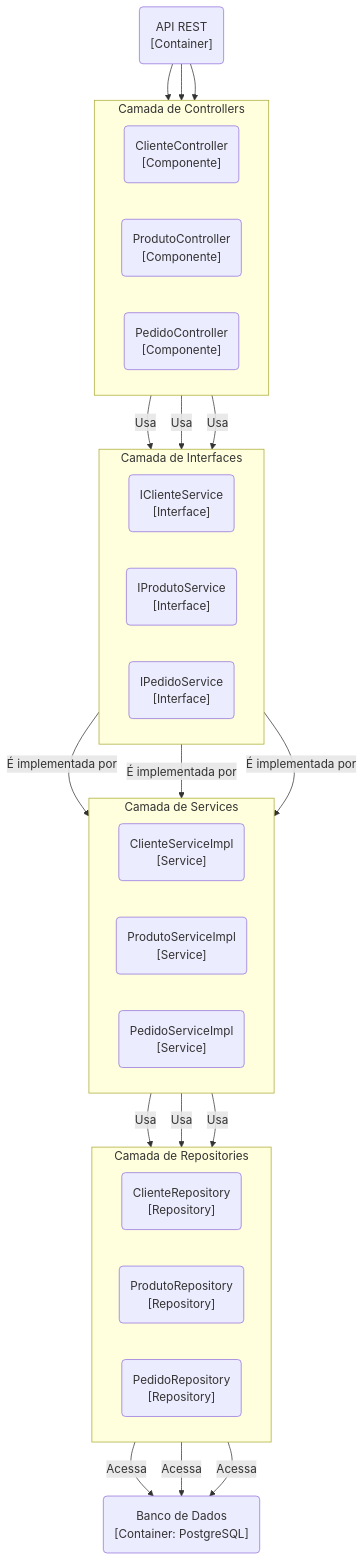
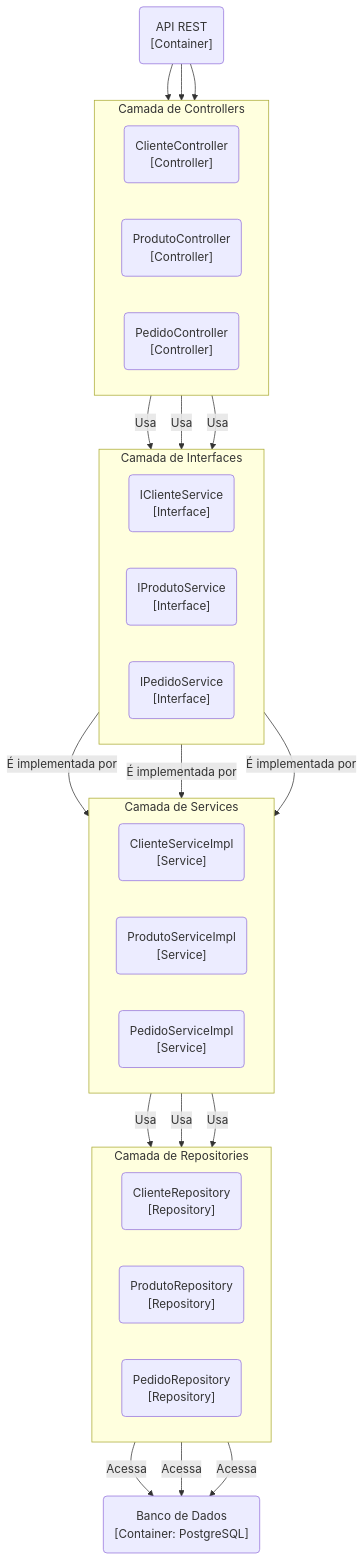
The third of 6 diagrams in DESENHO_ARQUITETURAL.md (iagobrdev/orders-bootcamp), drawn with Mermaid before and after one commit.

Commit message:
final version

````diff
--- a/DESENHO_ARQUITETURAL.md
+++ b/DESENHO_ARQUITETURAL.md
@@ -192,54 +192,54 @@
 ```mermaid
 graph TD
     direction TB
     
     api("API REST<br>[Container]")
 
     subgraph "Camada de Controllers"
         direction LR
-        cc("ClienteController<br>[Componente]")
-        pc("ProdutoController<br>[Componente]")
-        oc("PedidoController<br>[Componente]")
+        cc("ClienteController<br>[Controller]")
+        pc("ProdutoController<br>[Controller]")
+        oc("PedidoController<br>[Controller]")
     end
 
     subgraph "Camada de Interfaces"
         direction LR
         ics("IClienteService<br>[Interface]")
         ips("IProdutoService<br>[Interface]")
         ios("IPedidoService<br>[Interface]")
     end
 
     subgraph "Camada de Services"
         direction LR
         cs("ClienteServiceImpl<br>[Service]")
         ps("ProdutoServiceImpl<br>[Service]")
         os("PedidoServiceImpl<br>[Service]")
     end
 
     subgraph "Camada de Repositories"
         direction LR
         cr("ClienteRepository<br>[Repository]")
         pr("ProdutoRepository<br>[Repository]")
         or("PedidoRepository<br>[Repository]")
     end
 
     db("Banco de Dados<br>[Container: PostgreSQL]")
 
     api --> cc & pc & oc
 
     cc -- "Usa" --> ics
     pc -- "Usa" --> ips
     oc -- "Usa" --> ios
     
     ics -- "É implementada por" --> cs
     ips -- "É implementada por" --> ps
     ios -- "É implementada por" --> os
 
     cs -- "Usa" --> cr
     ps -- "Usa" --> pr
     os -- "Usa" --> or
 
     cr -- "Acessa" --> db
     pr -- "Acessa" --> db
     or -- "Acessa" --> db
 ```
````
